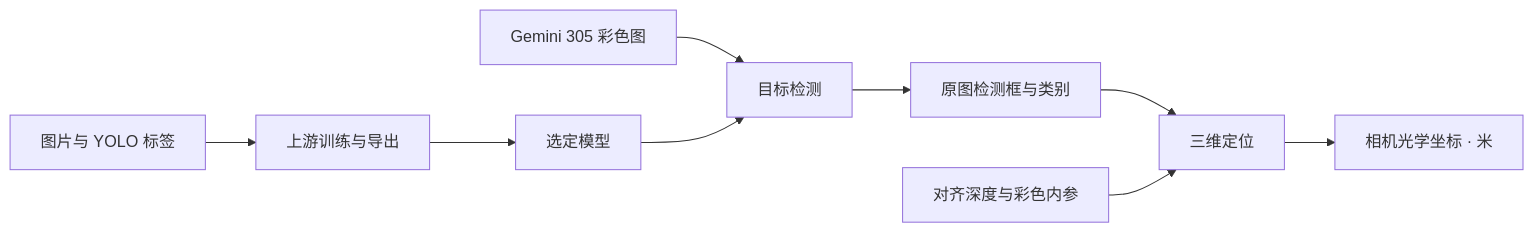
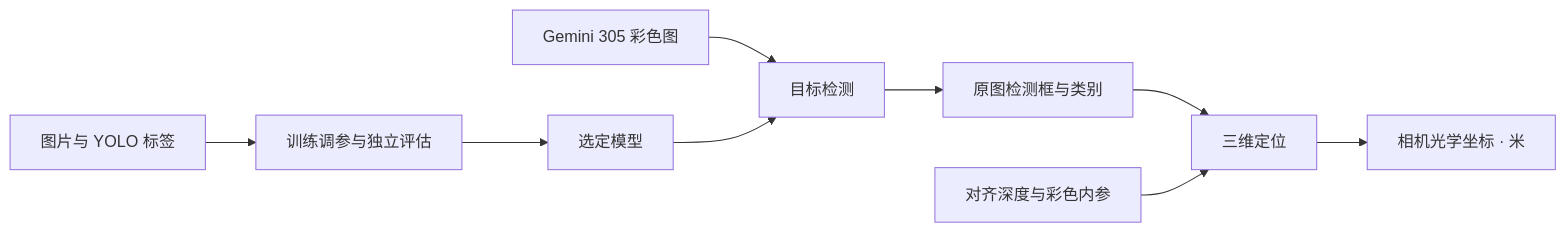
The diagram in README.md (wyNomad/citrus-disease-detection), drawn with Mermaid before and after one commit. The commit also changed other lines of this file and 18 other files, not shown here.

````diff
--- a/README.md
+++ b/README.md
@@ -41,11 +41,11 @@
 ```mermaid
 flowchart LR
     C[Gemini 305 彩色图] --> I[目标检测]
     I --> B[原图检测框与类别]
     B --> L[三维定位]
     Z[对齐深度与彩色内参] --> L
     L --> P[相机光学坐标 · 米]
-    D[图片与 YOLO 标签] --> T[上游训练与导出]
+    D[图片与 YOLO 标签] --> T[训练调参与独立评估]
     T --> W[选定模型]
     W --> I
 ```
````
